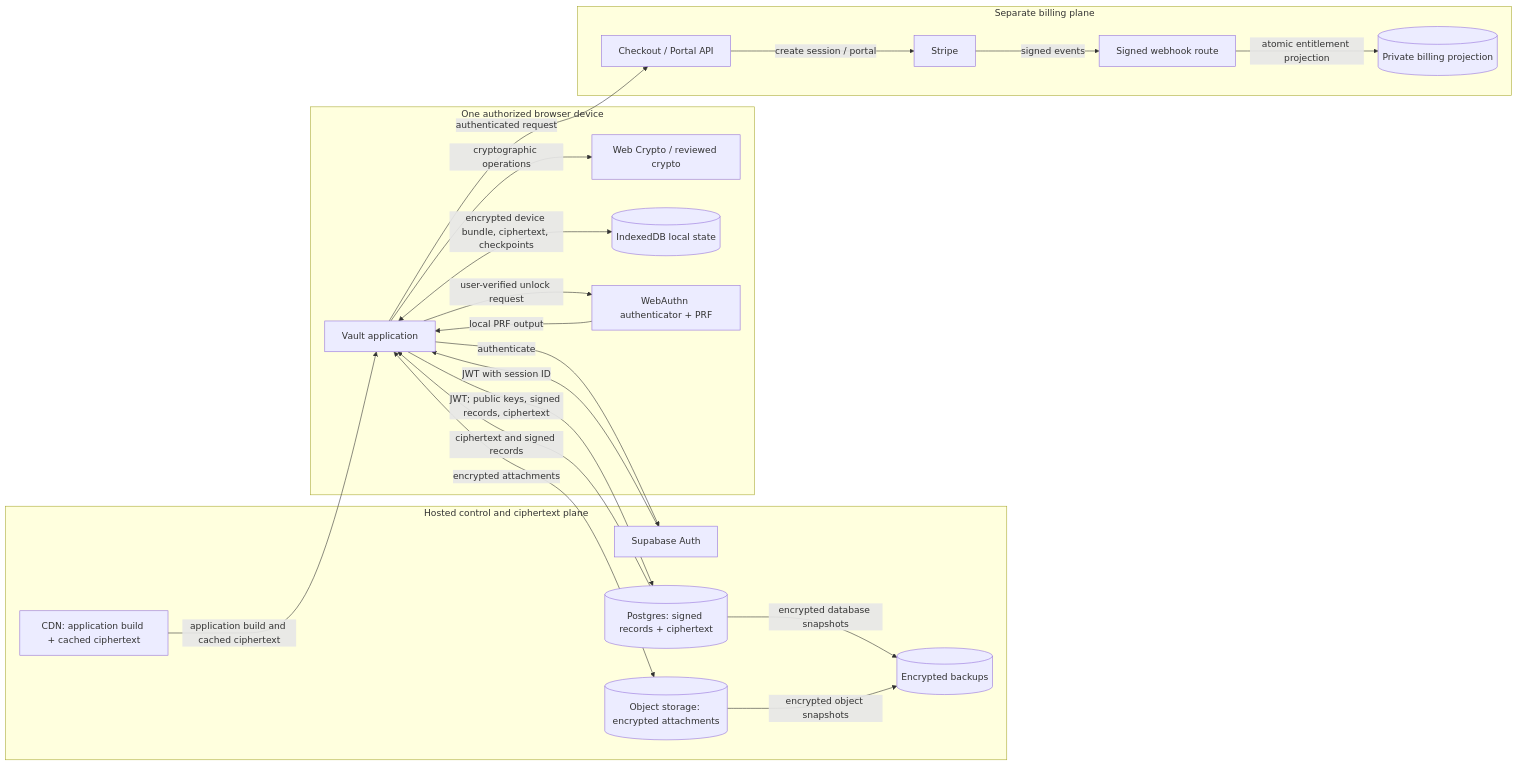
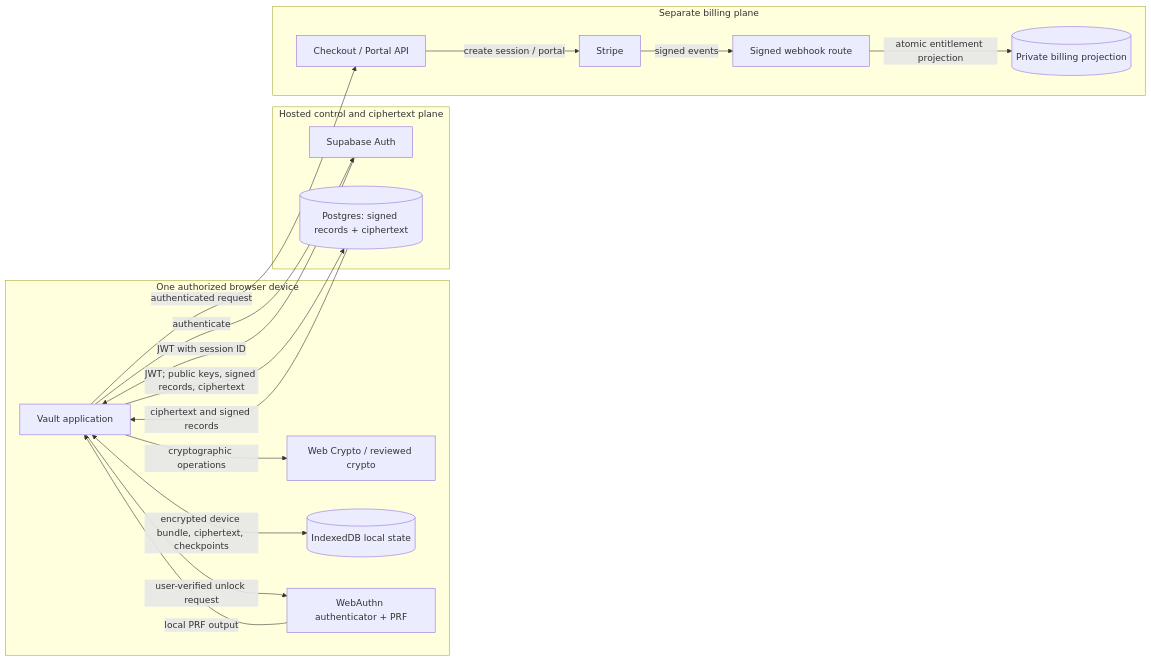
The first of 2 diagrams in docs/backend/architecture.md (azure06/clipsx-web), drawn with Mermaid before and after one commit. The commit also changed other lines of this file and 7 other files, not shown here.

````diff
--- a/docs/backend/architecture.md
+++ b/docs/backend/architecture.md
@@ -45,39 +45,32 @@
 ```mermaid
 flowchart LR
   subgraph BrowserDevice[One authorized browser device]
     Browser[Vault application]
     WebCrypto[Web Crypto / reviewed crypto]
     IndexedDB[(IndexedDB local state)]
     WebAuthn[WebAuthn authenticator + PRF]
     Browser -->|cryptographic operations| WebCrypto
     Browser <-->|encrypted device bundle, ciphertext, checkpoints| IndexedDB
     Browser -->|user-verified unlock request| WebAuthn
     WebAuthn -->|local PRF output| Browser
   end
   subgraph Hosted[Hosted control and ciphertext plane]
     Auth[Supabase Auth]
     DB[(Postgres: signed records + ciphertext)]
-    ObjectStore[(Object storage: encrypted attachments)]
-    CDN[CDN: application build + cached ciphertext]
-    Backups[(Encrypted backups)]
   end
   subgraph Billing[Separate billing plane]
     Stripe[Stripe]
     Checkout[Checkout / Portal API]
     Webhook[Signed webhook route]
     Projection[(Private billing projection)]
   end
 
   Browser -->|authenticate| Auth
   Auth -->|JWT with session ID| Browser
   Browser -->|JWT; public keys, signed records, ciphertext| DB
   DB -->|ciphertext and signed records| Browser
-  Browser <-->|encrypted attachments| ObjectStore
-  CDN -->|application build and cached ciphertext| Browser
-  DB -->|encrypted database snapshots| Backups
-  ObjectStore -->|encrypted object snapshots| Backups
   Browser -->|authenticated request| Checkout
   Checkout -->|create session / portal| Stripe
   Stripe -->|signed events| Webhook
   Webhook -->|atomic entitlement projection| Projection
 ```
````
